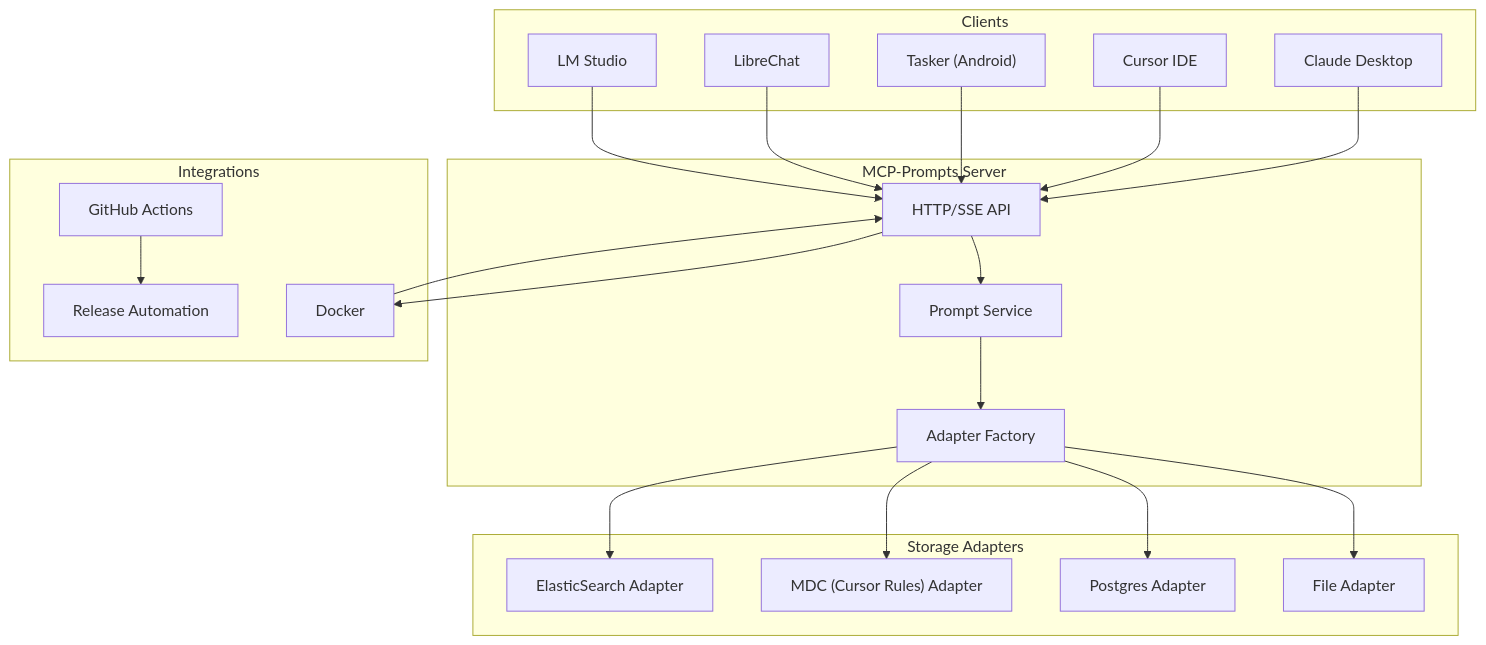
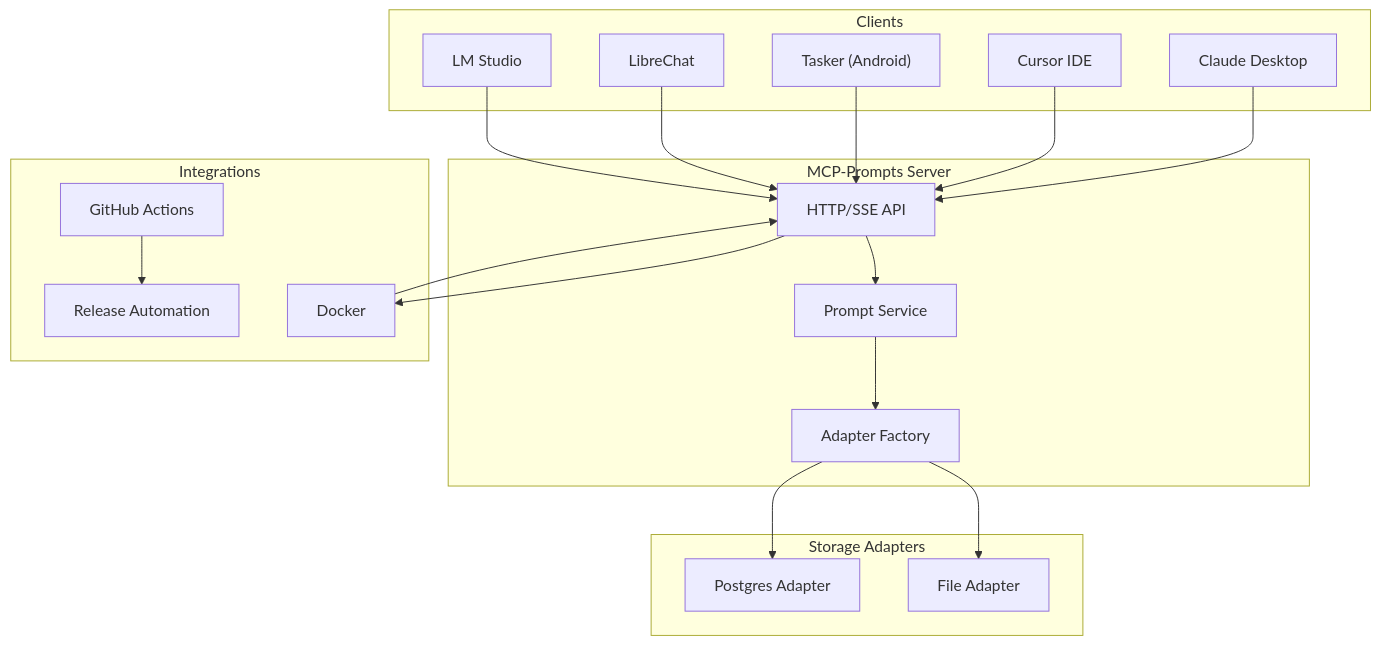
One commit to sparesparrow/mcp-prompts changed the first of 3 diagrams in README.md. Above: the diagram before and after it, drawn with Mermaid. The commit also changed other lines of this file and 9 other files, not shown here.

Commit message:
feat: Remove MdcAdapter and update documentation

````diff
--- a/README.md
+++ b/README.md
@@ -67,41 +66,37 @@
 ```mermaid
 graph TD
   subgraph "Clients"
     A1["LM Studio"]
     A2["LibreChat"]
     A3["Tasker (Android)"]
     A4["Cursor IDE"]
     A5["Claude Desktop"]
   end
   subgraph "MCP-Prompts Server"
     B1["Prompt Service"]
     B2["HTTP/SSE API"]
     B3["Adapter Factory"]
   end
   subgraph "Storage Adapters"
     C1["File Adapter"]
     C2["Postgres Adapter"]
-    C3["MDC (Cursor Rules) Adapter"]
-    C4["ElasticSearch Adapter"]
   end
   subgraph "Integrations"
     D1["Docker"]
     D2["GitHub Actions"]
     D3["Release Automation"]
   end
 
   A1 --> B2
   A2 --> B2
   A3 --> B2
   A4 --> B2
   A5 --> B2
   B2 --> B1
   B1 --> B3
   B3 --> C1
   B3 --> C2
-  B3 --> C3
-  B3 --> C4
   B2 --> D1
   D2 --> D3
   D1 --> B2
 ```
````
